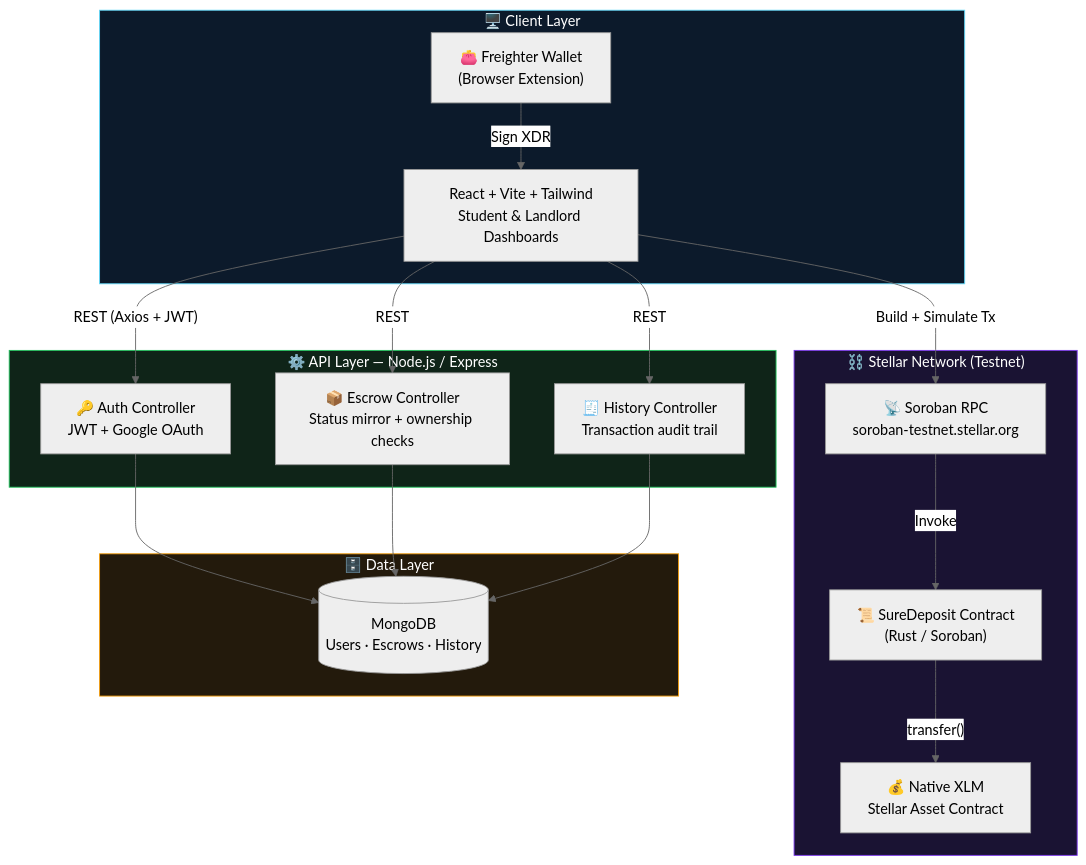
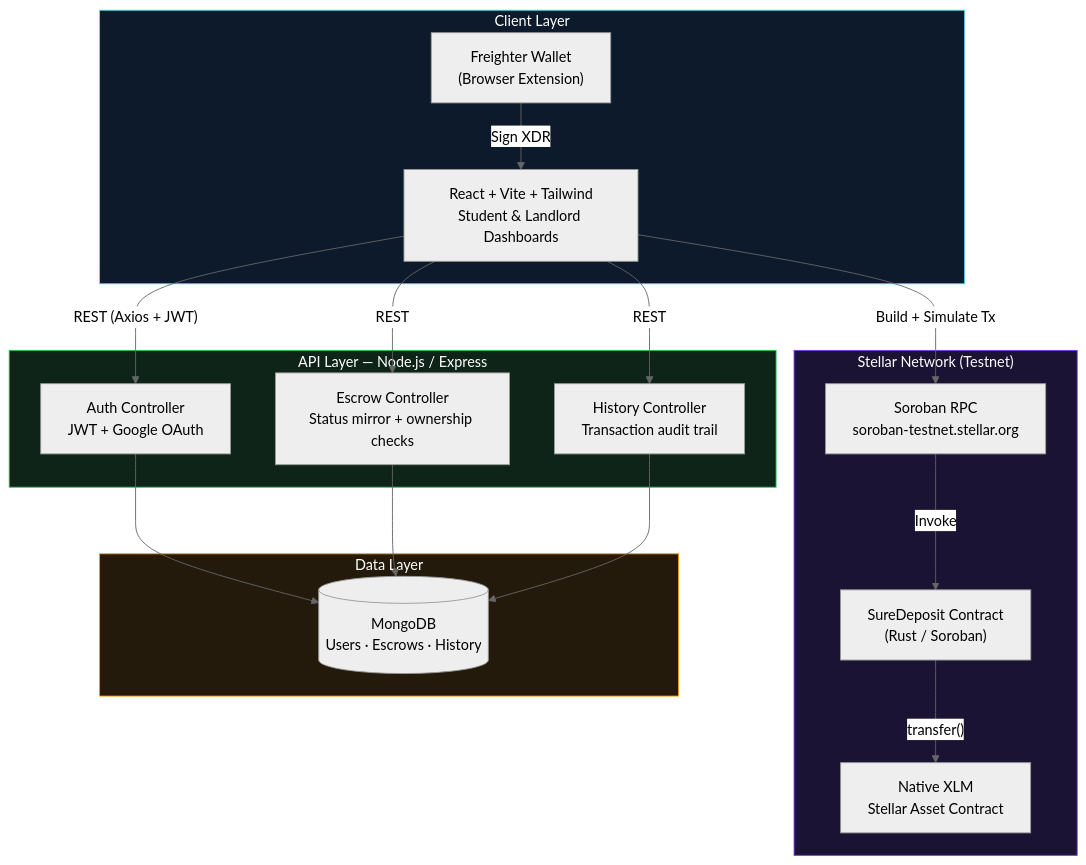
One commit to omjoshi-2307/SureD changed the first of 6 diagrams in README.md. Above: the diagram before and after it, drawn with Mermaid (neutral theme). The commit also changed other lines of this file and 1 other file, not shown here.

````diff
--- a/README.md
+++ b/README.md
@@ -168,39 +148,39 @@
 ```mermaid
 flowchart TB
-    subgraph Client["🖥️ Client Layer"]
+    subgraph Client["Client Layer"]
         UI["React + Vite + Tailwind<br/>Student & Landlord Dashboards"]
-        FW["👛 Freighter Wallet<br/>(Browser Extension)"]
+        FW["Freighter Wallet<br/>(Browser Extension)"]
     end
 
-    subgraph Server["⚙️ API Layer — Node.js / Express"]
-        AUTH["🔑 Auth Controller<br/>JWT + Google OAuth"]
-        ESC["📦 Escrow Controller<br/>Status mirror + ownership checks"]
-        HIST["🧾 History Controller<br/>Transaction audit trail"]
+    subgraph Server["API Layer — Node.js / Express"]
+        AUTH["Auth Controller<br/>JWT + Google OAuth"]
+        ESC["Escrow Controller<br/>Status mirror + ownership checks"]
+        HIST["History Controller<br/>Transaction audit trail"]
     end
 
-    subgraph Chain["⛓️ Stellar Network (Testnet)"]
-        RPC["📡 Soroban RPC<br/>soroban-testnet.stellar.org"]
-        SC["📜 SureDeposit Contract<br/>(Rust / Soroban)"]
-        SAC["💰 Native XLM<br/>Stellar Asset Contract"]
+    subgraph Chain["Stellar Network (Testnet)"]
+        RPC["Soroban RPC<br/>soroban-testnet.stellar.org"]
+        SC["SureDeposit Contract<br/>(Rust / Soroban)"]
+        SAC["Native XLM<br/>Stellar Asset Contract"]
     end
 
-    subgraph Data["🗄️ Data Layer"]
+    subgraph Data["Data Layer"]
         DB[("MongoDB<br/>Users · Escrows · History")]
     end
 
     UI -->|"REST (Axios + JWT)"| AUTH
     UI -->|"REST"| ESC
     UI -->|"REST"| HIST
     UI -->|"Build + Simulate Tx"| RPC
     FW -->|"Sign XDR"| UI
     RPC -->|"Invoke"| SC
     SC -->|"transfer()"| SAC
     AUTH --> DB
     ESC --> DB
     HIST --> DB
 
     style Chain fill:#1a1333,stroke:#7C3AED,color:#fff
     style Client fill:#0c1a2b,stroke:#61DAFB,color:#fff
     style Server fill:#0f2418,stroke:#22C55E,color:#fff
     style Data fill:#231a0c,stroke:#F59E0B,color:#fff
 ```
````
